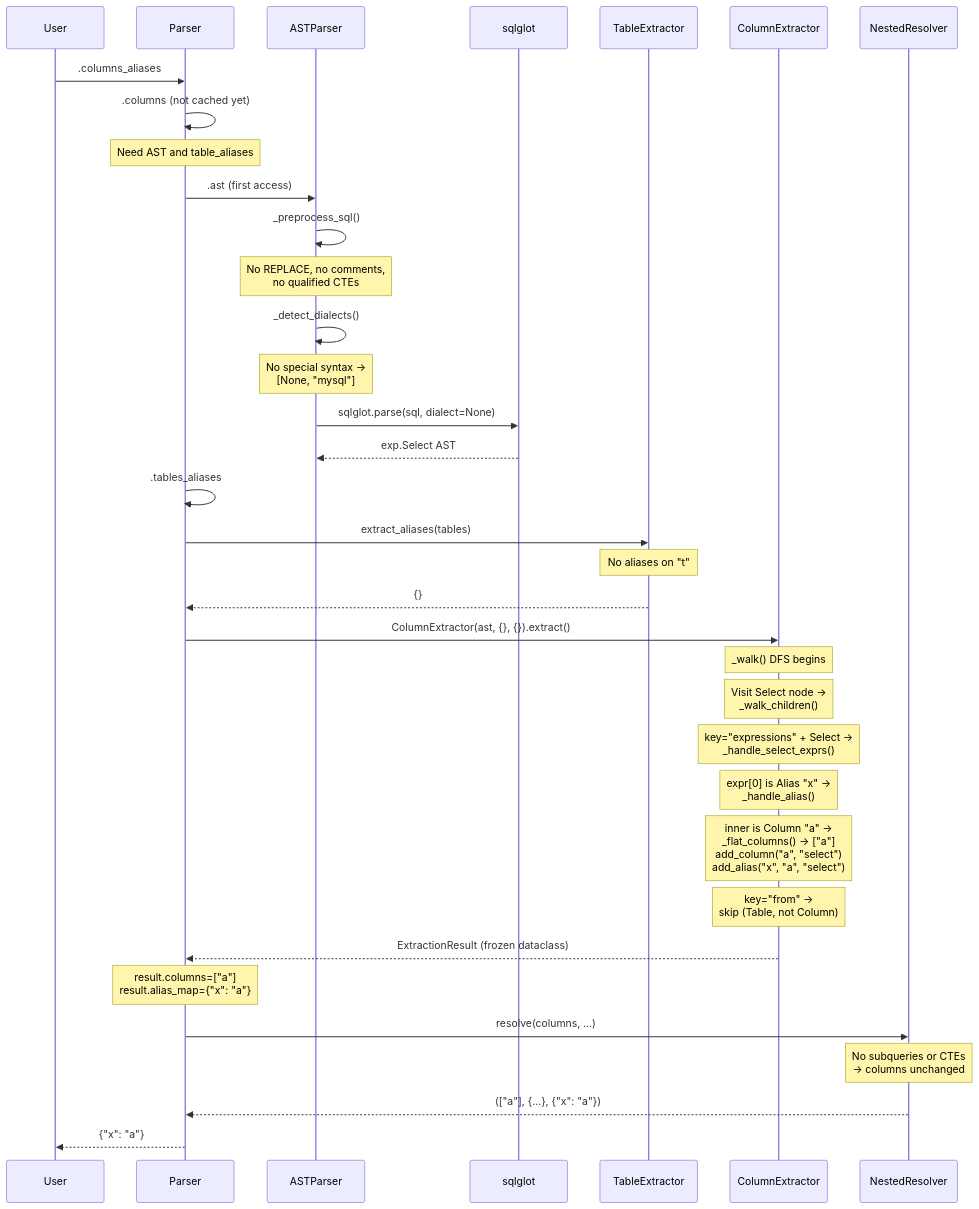
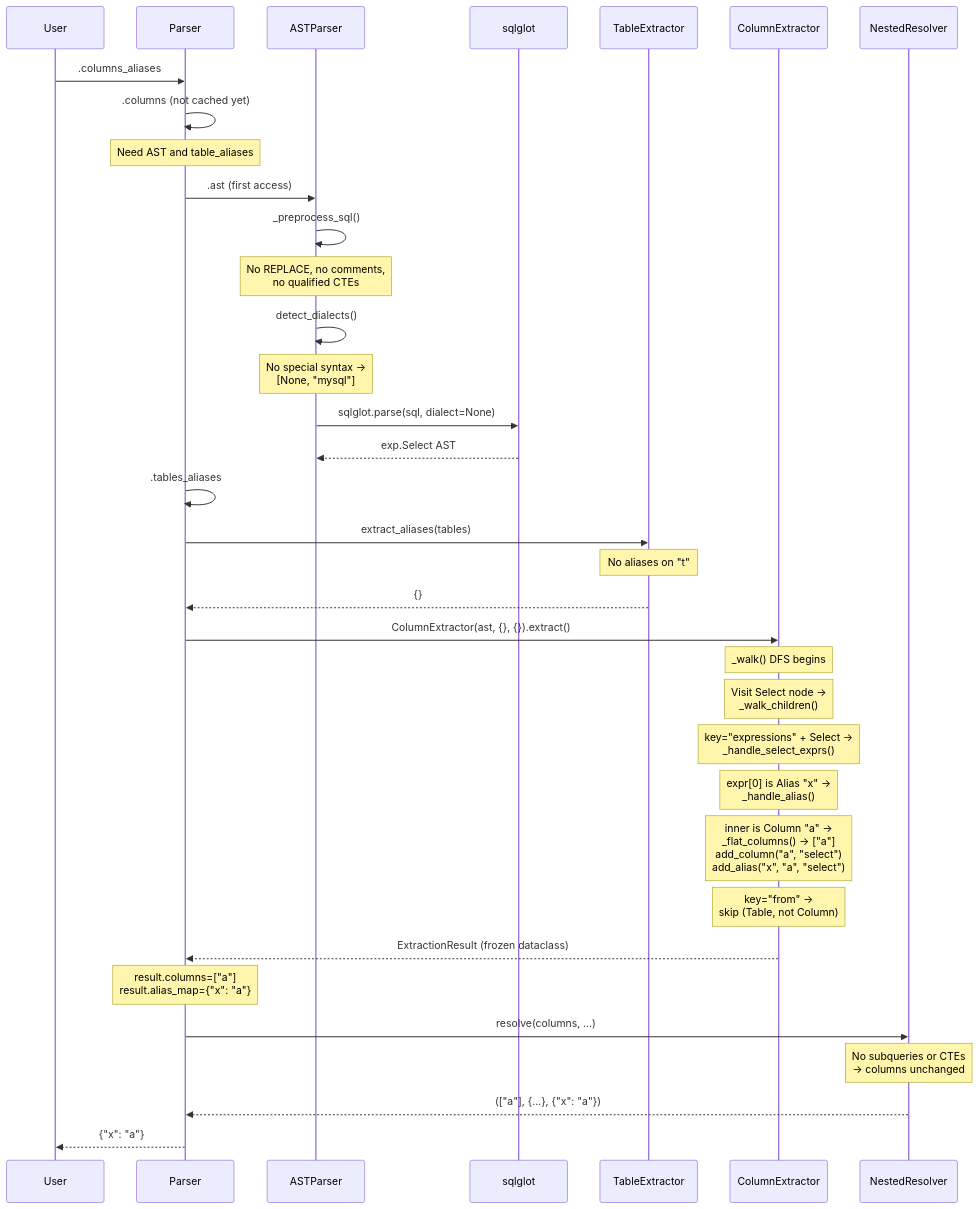
The eighth of 9 diagrams in ARCHITECTURE.md (macbre/sql-metadata), drawn with Mermaid before and after one commit. The commit also changed other lines of this file and 21 other files, not shown here.

````diff
--- a/ARCHITECTURE.md
+++ b/ARCHITECTURE.md
@@ -427,48 +447,48 @@
 ```mermaid
 sequenceDiagram
     participant User
     participant Parser
     participant ASTParser
     participant sqlglot
     participant TableExtractor
     participant ColumnExtractor
     participant NestedResolver
 
     User->>Parser: .columns_aliases
     Parser->>Parser: .columns (not cached yet)
 
     Note over Parser: Need AST and table_aliases
 
     Parser->>ASTParser: .ast (first access)
     ASTParser->>ASTParser: _preprocess_sql()
     Note over ASTParser: No REPLACE, no comments,<br/>no qualified CTEs
-    ASTParser->>ASTParser: _detect_dialects()
+    ASTParser->>ASTParser: detect_dialects()
     Note over ASTParser: No special syntax →<br/>[None, "mysql"]
     ASTParser->>sqlglot: sqlglot.parse(sql, dialect=None)
     sqlglot-->>ASTParser: exp.Select AST
 
     Parser->>Parser: .tables_aliases
     Parser->>TableExtractor: extract_aliases(tables)
     Note over TableExtractor: No aliases on "t"
     TableExtractor-->>Parser: {}
 
     Parser->>ColumnExtractor: ColumnExtractor(ast, {}, {}).extract()
     Note over ColumnExtractor: _walk() DFS begins
 
     Note over ColumnExtractor: Visit Select node →<br/>_walk_children()
     Note over ColumnExtractor: key="expressions" + Select →<br/>_handle_select_exprs()
     Note over ColumnExtractor: expr[0] is Alias "x" →<br/>_handle_alias()
     Note over ColumnExtractor: inner is Column "a" →<br/>_flat_columns() → ["a"]<br/>add_column("a", "select")<br/>add_alias("x", "a", "select")
     Note over ColumnExtractor: key="from" →<br/>skip (Table, not Column)
 
     ColumnExtractor-->>Parser: ExtractionResult (frozen dataclass)
 
     Note over Parser: result.columns=["a"]<br/>result.alias_map={"x": "a"}
 
     Parser->>NestedResolver: resolve(columns, ...)
     Note over NestedResolver: No subqueries or CTEs<br/>→ columns unchanged
 
     NestedResolver-->>Parser: (["a"], {...}, {"x": "a"})
 
     Parser-->>User: {"x": "a"}
 ```
````
